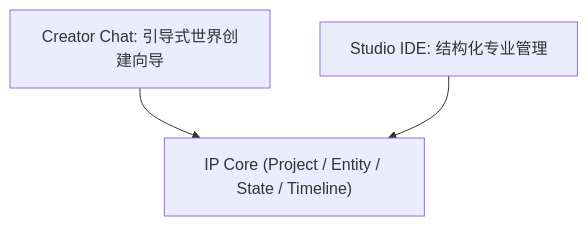
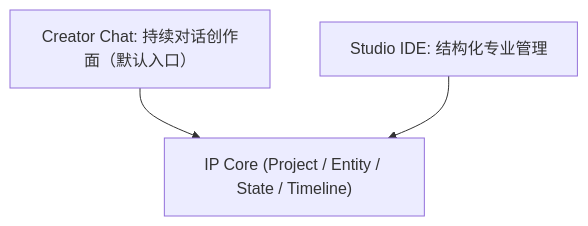
The second of 2 diagrams in docs/product/Product-Positioning.md (qingyu-ak/Zivith), drawn with Mermaid before and after one commit. The commit also changed other lines of this file and 16 other files, not shown here.

````diff
--- a/docs/product/Product-Positioning.md
+++ b/docs/product/Product-Positioning.md
@@ -97,8 +97,8 @@
 ```mermaid
 flowchart TD
     Core["IP Core (Project / Entity / State / Timeline)"]
-    Chat["Creator Chat: 引导式世界创建向导"]
+    Chat["Creator Chat: 持续对话创作面（默认入口）"]
     Studio["Studio IDE: 结构化专业管理"]
     Chat --> Core
     Studio --> Core
 ```
````
